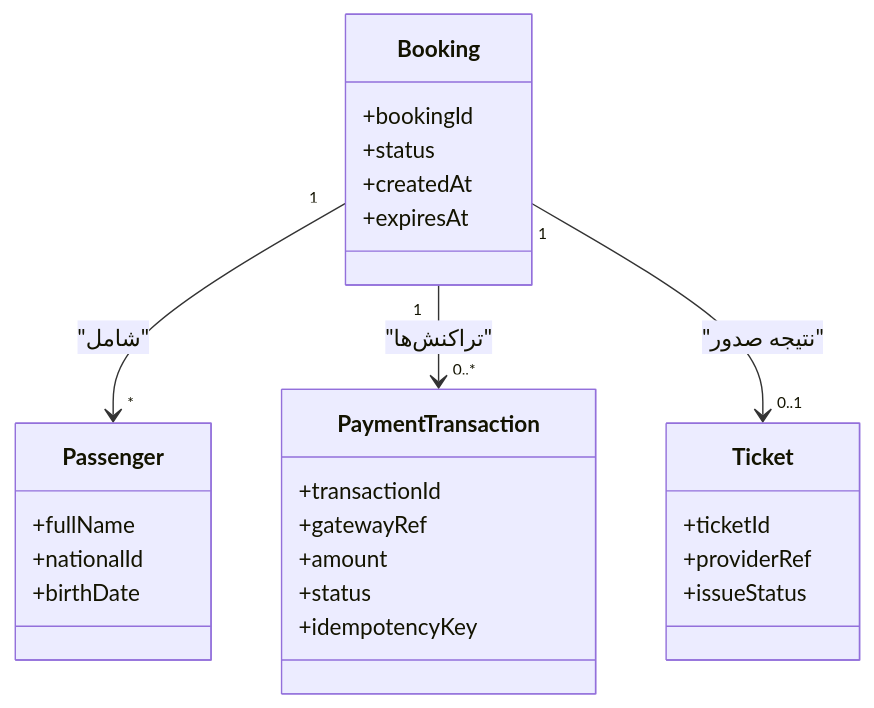
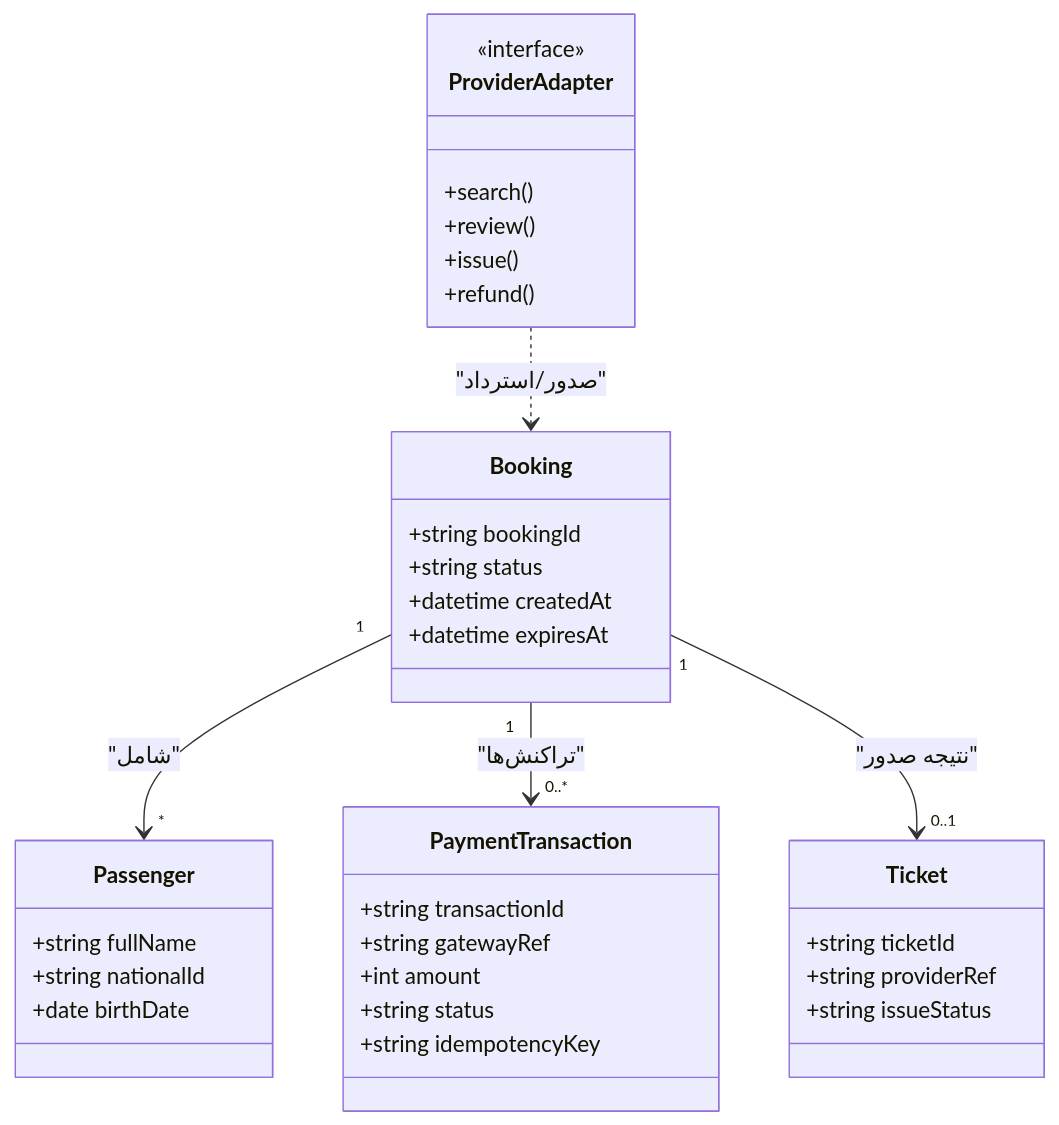
Before and after one commit to mahdimalverdi/ase-marcopolo-docs: the diagram in diagrams/mermaid/fig-5-1-class-analytical.mmd, drawn with Mermaid. The commit also changed 17 other files, not shown here.

```diff
--- a/diagrams/mermaid/fig-5-1-class-analytical.mmd
+++ b/diagrams/mermaid/fig-5-1-class-analytical.mmd
@@ -1,31 +1,40 @@
 classDiagram
   class Booking {
-    +bookingId
-    +status
-    +createdAt
-    +expiresAt
+    +string bookingId
+    +string status
+    +datetime createdAt
+    +datetime expiresAt
   }
 
   class Passenger {
-    +fullName
-    +nationalId
-    +birthDate
+    +string fullName
+    +string nationalId
+    +date birthDate
   }
 
   class PaymentTransaction {
-    +transactionId
-    +gatewayRef
-    +amount
-    +status
-    +idempotencyKey
+    +string transactionId
+    +string gatewayRef
+    +int amount
+    +string status
+    +string idempotencyKey
   }
 
   class Ticket {
-    +ticketId
-    +providerRef
-    +issueStatus
+    +string ticketId
+    +string providerRef
+    +string issueStatus
   }
+
+  class ProviderAdapter {
+    +search()
+    +review()
+    +issue()
+    +refund()
+  }
+  <<interface>> ProviderAdapter
 
   Booking "1" --> "*" Passenger : "شامل"
   Booking "1" --> "0..*" PaymentTransaction : "تراکنش‌ها"
   Booking "1" --> "0..1" Ticket : "نتیجه صدور"
+  ProviderAdapter ..> Booking : "صدور/استرداد"
```
